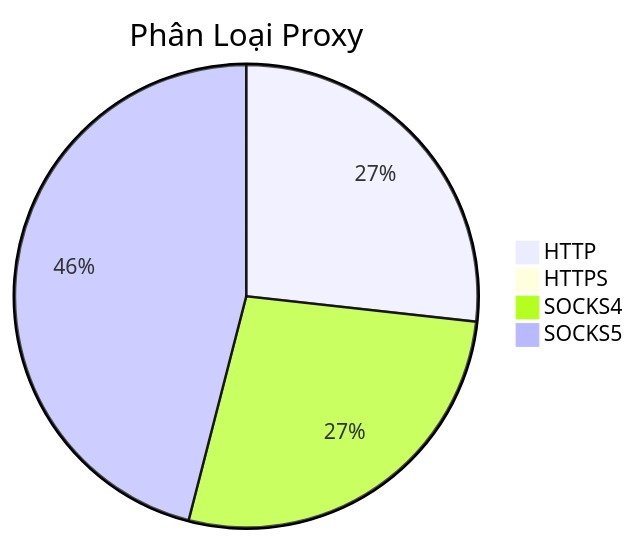
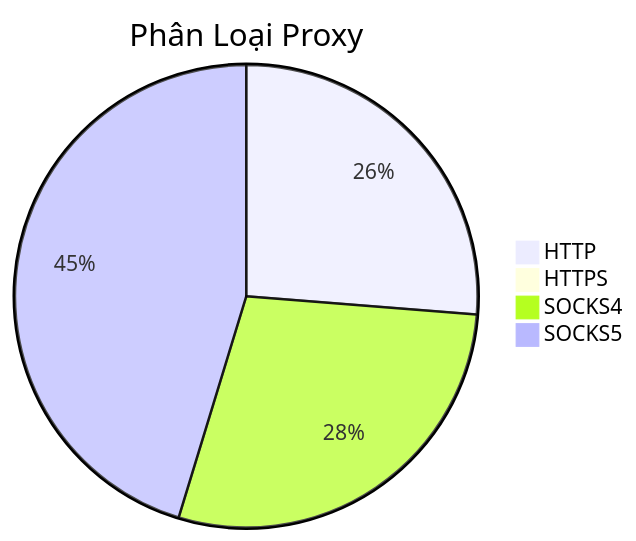
The diagram in README.md (Ciara-Aa/PROXY-free), drawn with Mermaid before and after one commit. The commit also changed other lines of this file and 4 other files, not shown here.

````diff
--- a/README.md
+++ b/README.md
@@ -26,7 +26,7 @@
 ```mermaid
 pie title Phân Loại Proxy
-    "HTTP" : 217
+    "HTTP" : 192
     "HTTPS" : 1
-    "SOCKS4" : 221
-    "SOCKS5" : 373
+    "SOCKS4" : 208
+    "SOCKS5" : 331
 ```
````
